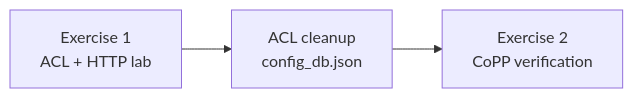
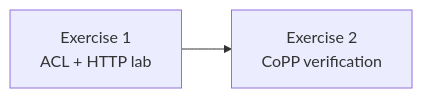
One commit to cisco-asp-web/SONiC changed the diagram in lab_4/lab_4-guide.md. Above: the diagram before and after it, drawn with Mermaid. The commit also changed other lines of this file, not shown here.

First line of the commit message:
Update lab_4-guide.md

````diff
--- a/lab_4/lab_4-guide.md
+++ b/lab_4/lab_4-guide.md
@@ -39,5 +38,4 @@
 ```mermaid
 flowchart LR
-  A["Exercise 1\nACL + HTTP lab"] --> B["ACL cleanup\nconfig_db.json"]
-  B --> C["Exercise 2\nCoPP verification"]
+  A["Exercise 1\nACL + HTTP lab"] --> C["Exercise 2\nCoPP verification"]
 ```
````
